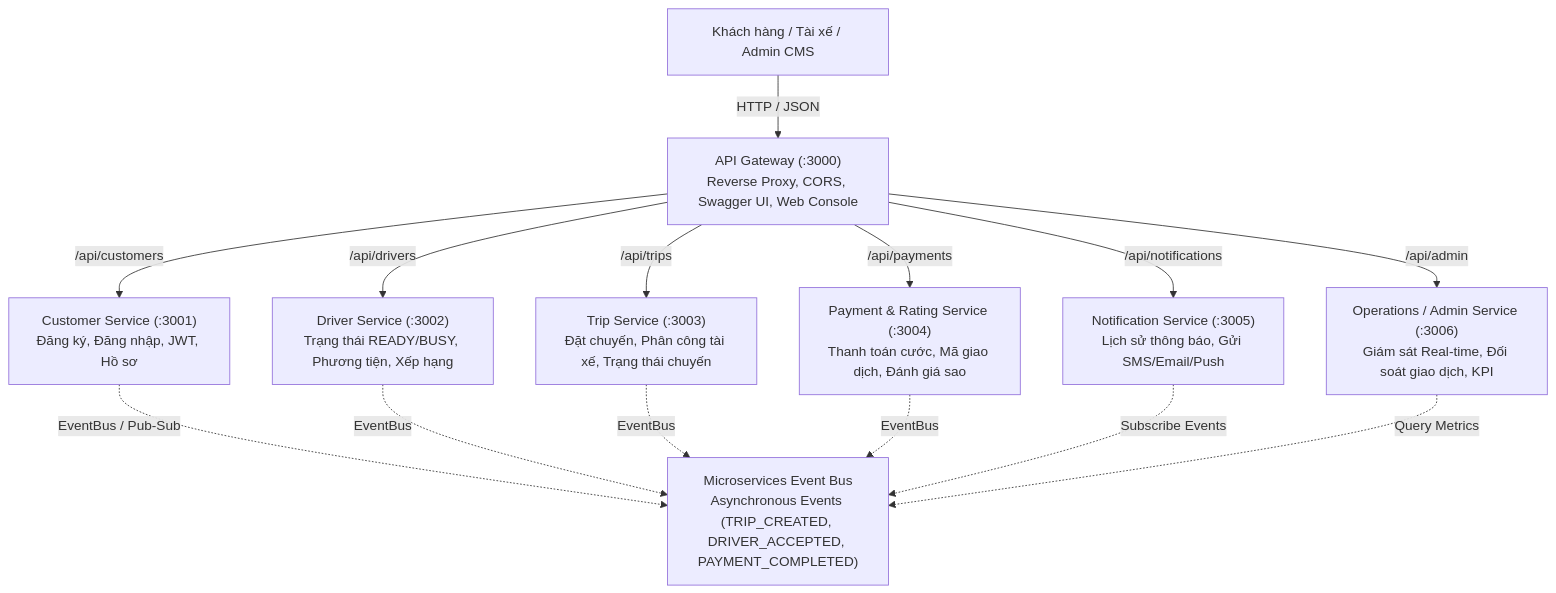
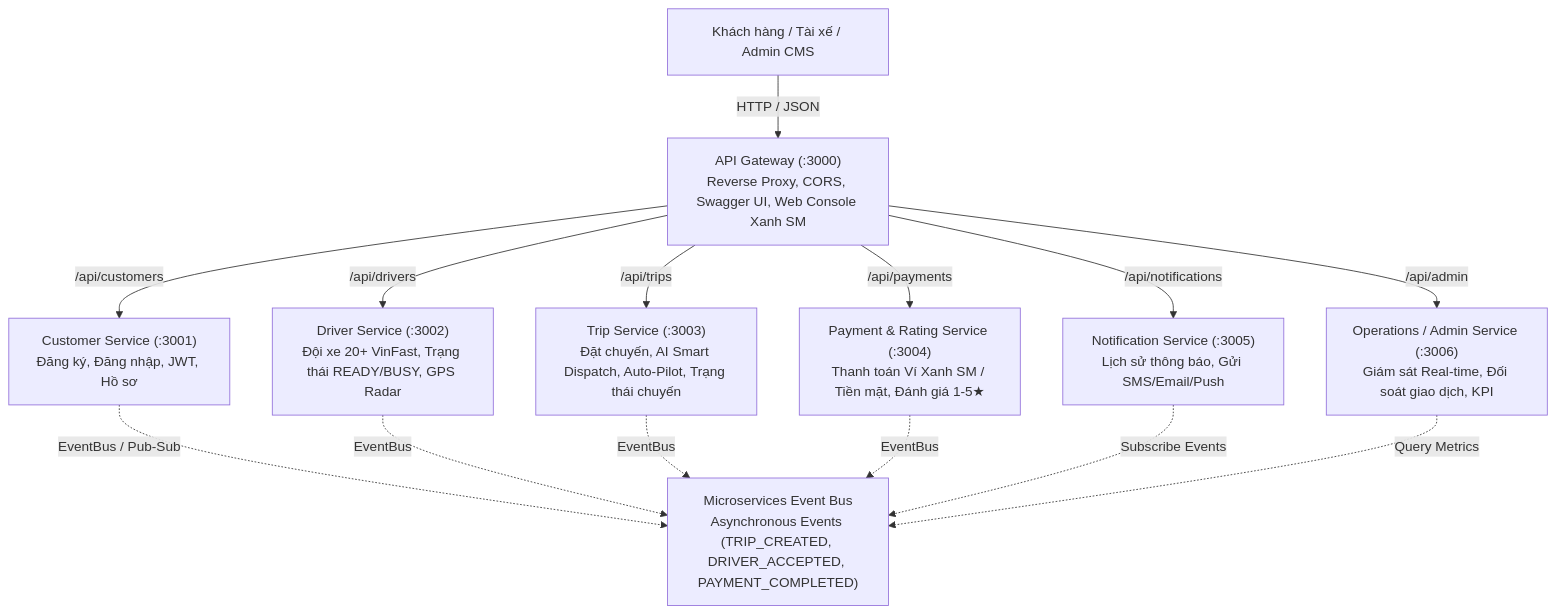
One commit to ThaoNguyen207/23704171_NguyenHoThaoNguyen_CABSYSTEM changed the diagram in README.md. Above: the diagram before and after it, drawn with Mermaid. The commit also changed other lines of this file and 11 other files, not shown here.

Commit message:
feat: upgrade system to Xanh SM style with VinFast fleet, AI smart dispatch, and auto-pilot mode

````diff
--- a/README.md
+++ b/README.md
@@ -11,18 +30,18 @@
 ```mermaid
 flowchart TD
-    Client["Khách hàng / Tài xế / Admin CMS"] -->|HTTP / JSON| Gateway["API Gateway (:3000)\nReverse Proxy, CORS, Swagger UI, Web Console"]
+    Client["Khách hàng / Tài xế / Admin CMS"] -->|HTTP / JSON| Gateway["API Gateway (:3000)\nReverse Proxy, CORS, Swagger UI, Web Console Xanh SM"]
 
     Gateway -->|/api/customers| S1["Customer Service (:3001)\nĐăng ký, Đăng nhập, JWT, Hồ sơ"]
-    Gateway -->|/api/drivers| S2["Driver Service (:3002)\nTrạng thái READY/BUSY, Phương tiện, Xếp hạng"]
-    Gateway -->|/api/trips| S3["Trip Service (:3003)\nĐặt chuyến, Phân công tài xế, Trạng thái chuyến"]
-    Gateway -->|/api/payments| S4["Payment & Rating Service (:3004)\nThanh toán cước, Mã giao dịch, Đánh giá sao"]
+    Gateway -->|/api/drivers| S2["Driver Service (:3002)\nĐội xe 20+ VinFast, Trạng thái READY/BUSY, GPS Radar"]
+    Gateway -->|/api/trips| S3["Trip Service (:3003)\nĐặt chuyến, AI Smart Dispatch, Auto-Pilot, Trạng thái chuyến"]
+    Gateway -->|/api/payments| S4["Payment & Rating Service (:3004)\nThanh toán Ví Xanh SM / Tiền mặt, Đánh giá 1-5★"]
     Gateway -->|/api/notifications| S5["Notification Service (:3005)\nLịch sử thông báo, Gửi SMS/Email/Push"]
     Gateway -->|/api/admin| S6["Operations / Admin Service (:3006)\nGiám sát Real-time, Đối soát giao dịch, KPI"]
 
     S1 -.->|EventBus / Pub-Sub| EventBus["Microservices Event Bus\nAsynchronous Events (TRIP_CREATED, DRIVER_ACCEPTED, PAYMENT_COMPLETED)"]
     S2 -.->|EventBus| EventBus
     S3 -.->|EventBus| EventBus
     S4 -.->|EventBus| EventBus
     S5 -.->|Subscribe Events| EventBus
     S6 -.->|Query Metrics| EventBus
 ```
````
